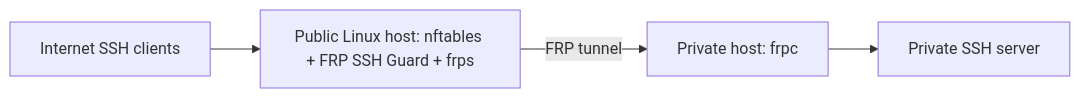
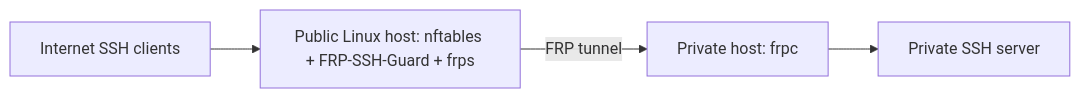
The diagram in README.md (xybermindx/FRP-SSH-Guard), drawn with Mermaid before and after one commit. The commit also changed other lines of this file and 16 other files, not shown here.

Commit message:
Rename project to FRP-SSH-Guard and restore separate language guides

````diff
--- a/README.md
+++ b/README.md
@@ -70,6 +70,6 @@
 ```mermaid
 flowchart LR
-    A[Internet SSH clients] --> B[Public Linux host: nftables + FRP SSH Guard + frps]
+    A[Internet SSH clients] --> B[Public Linux host: nftables + FRP-SSH-Guard + frps]
     B -->|FRP tunnel| C[Private host: frpc]
     C --> D[Private SSH server]
 ```
````
